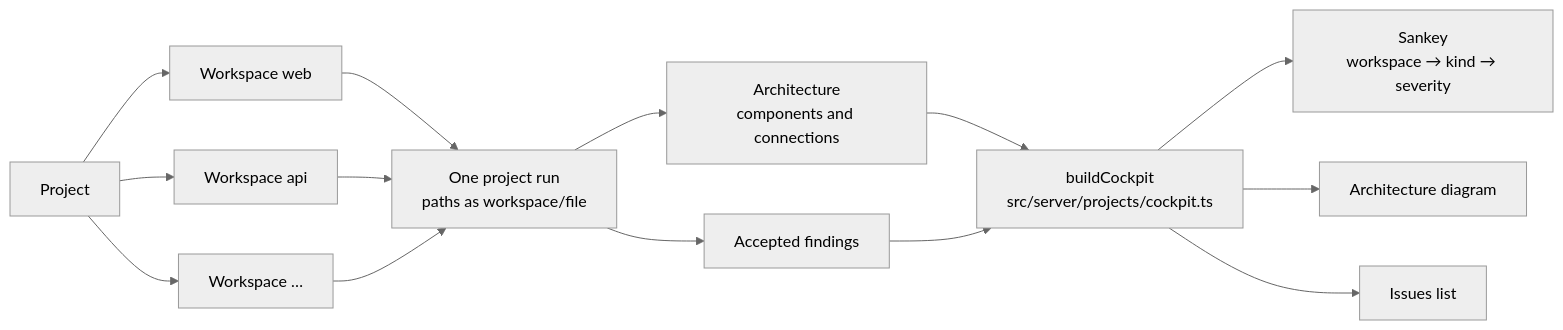
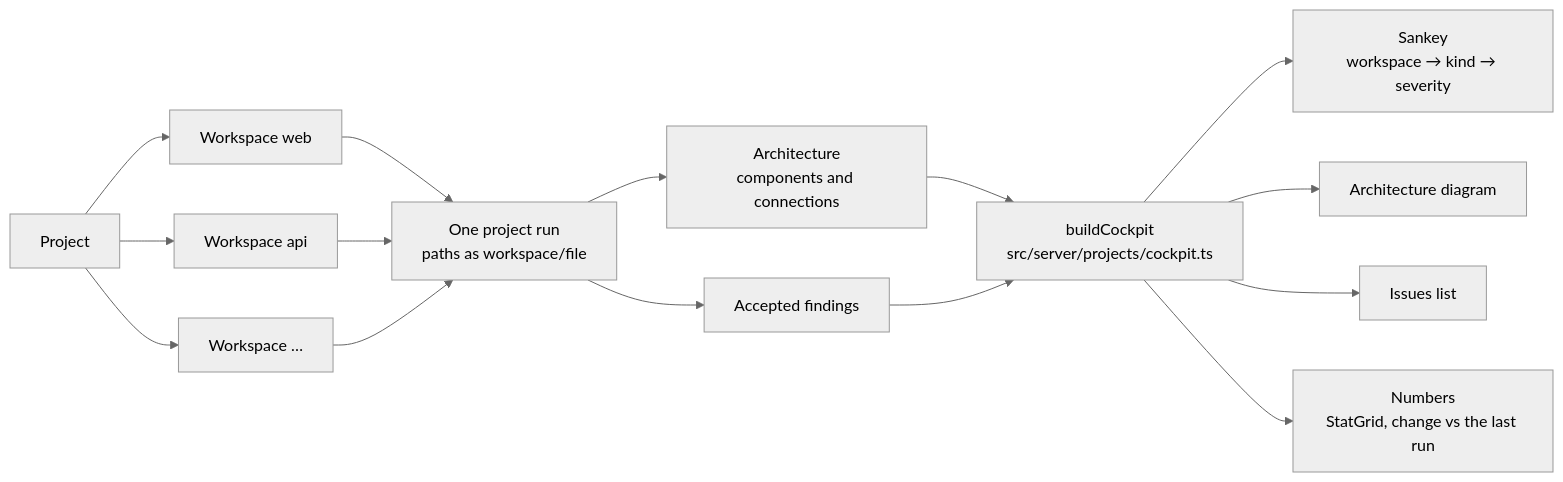
Before and after one commit to rvren/windtunnel: the eighth of 10 diagrams in docs/architecture.md, drawn with Mermaid (neutral theme). The commit also changed other lines of this file and 29 other files, not shown here.

````diff
--- a/docs/architecture.md
+++ b/docs/architecture.md
@@ -276,11 +283,12 @@
 ```mermaid
 flowchart LR
   p["Project"] --> w1["Workspace web"] & w2["Workspace api"] & w3["Workspace …"]
   w1 & w2 & w3 --> run["One project run<br/>paths as workspace/file"]
   run --> arch["Architecture<br/>components and connections"]
   run --> groups["Accepted findings"]
   arch & groups --> c["buildCockpit<br/>src/server/projects/cockpit.ts"]
   c --> s["Sankey<br/>workspace → kind → severity"]
   c --> d["Architecture diagram"]
   c --> i["Issues list"]
+  c --> n["Numbers<br/>StatGrid, change vs the last run"]
 ```
````
